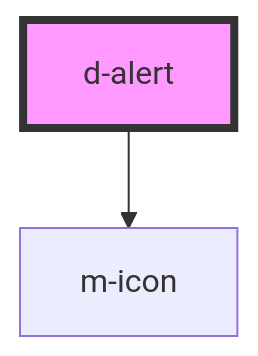
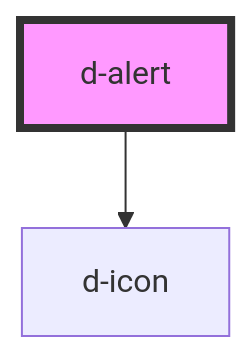
One commit to dynamic-framework/dynamic-ui changed the diagram in libraries/dynamic-ui/src/components/d-alert/readme.md. Above: the diagram before and after it, drawn with Mermaid. The commit also changed other lines of this file and 54 other files, not shown here.

````diff
--- a/libraries/dynamic-ui/src/components/d-alert/readme.md
+++ b/libraries/dynamic-ui/src/components/d-alert/readme.md
@@ -34,5 +34,5 @@
 ```mermaid
 graph TD;
-  d-alert --> m-icon
+  d-alert --> d-icon
   style d-alert fill:#f9f,stroke:#333,stroke-width:4px
 ```
````
